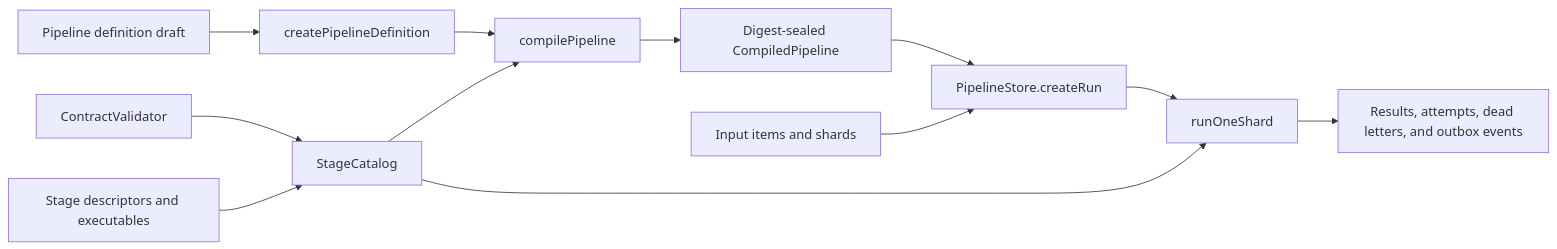
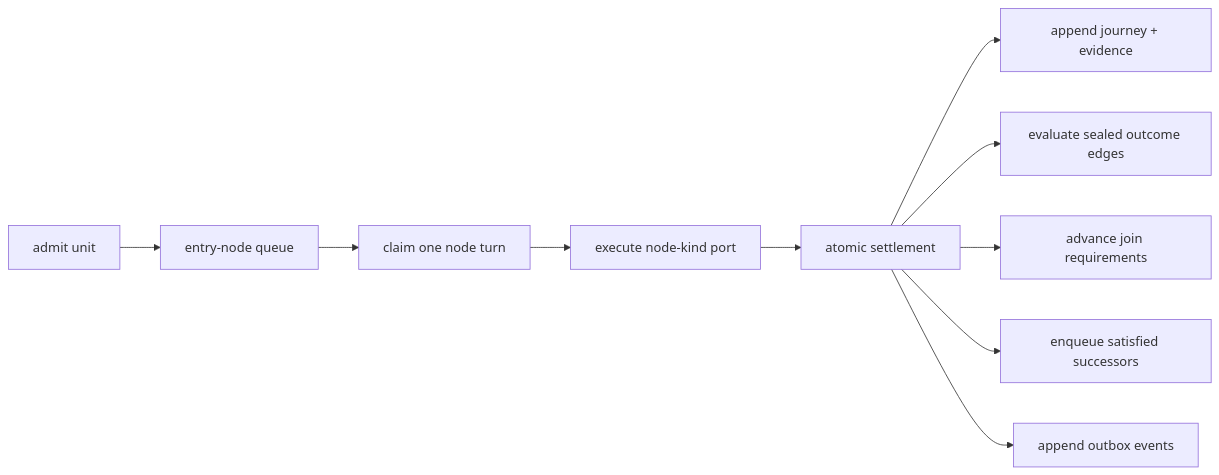
One commit to scshafe/switchyard changed the diagram in docs/README.md. Above: the diagram before and after it, drawn with Mermaid. The commit also changed other lines of this file and 80 other files, not shown here.

````diff
--- a/docs/README.md
+++ b/docs/README.md
@@ -10,14 +6,12 @@
 ```mermaid
 flowchart LR
-    Contracts["ContractValidator"] --> Catalog["StageCatalog"]
-    Stages["Stage descriptors and executables"] --> Catalog
-    Draft["Pipeline definition draft"] --> Seal["createPipelineDefinition"]
-    Seal --> Compile["compilePipeline"]
-    Catalog --> Compile
-    Compile --> Compiled["Digest-sealed CompiledPipeline"]
-    Compiled --> Run["PipelineStore.createRun"]
-    Items["Input items and shards"] --> Run
-    Run --> Worker["runOneShard"]
-    Catalog --> Worker
-    Worker --> Evidence["Results, attempts, dead letters, and outbox events"]
+  Admit["admit unit"] --> Queue["entry-node queue"]
+  Queue --> Claim["claim one node turn"]
+  Claim --> Port["execute node-kind port"]
+  Port --> Settle["atomic settlement"]
+  Settle --> Journey["append journey + evidence"]
+  Settle --> Edges["evaluate sealed outcome edges"]
+  Settle --> Joins["advance join requirements"]
+  Settle --> Successors["enqueue satisfied successors"]
+  Settle --> Outbox["append outbox events"]
 ```
````
